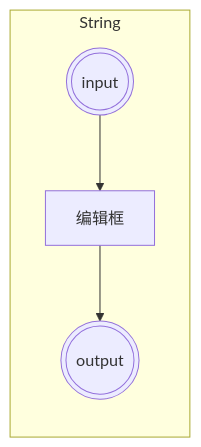
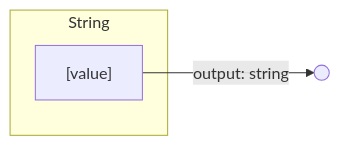
The first of 7 diagrams in docs/product/low-code-canvas.md (sisi0318/tool-website), drawn with Mermaid before and after one commit. The commit also changed other lines of this file and 3 other files, not shown here.

````diff
--- a/docs/product/low-code-canvas.md
+++ b/docs/product/low-code-canvas.md
@@ -44,7 +44,7 @@
 ```mermaid
 graph LR
     subgraph StringNode ["String"]
-        in((("input"))) --> value["编辑框"]
-        value --> out((("output")))
+        value["[value]"]
     end
+    value -->|"output: string"| out(( ))
 ```
````
